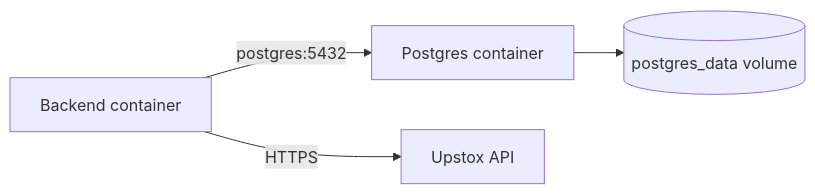
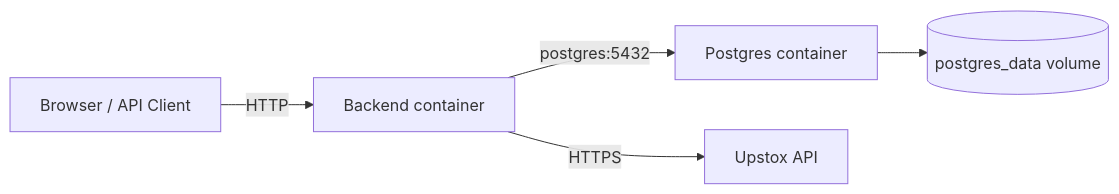
One commit to ShogunLabs/augur changed the third of 5 diagrams in README.md. Above: the diagram before and after it, drawn with Mermaid. The commit also changed other lines of this file and 21 other files, not shown here.

````diff
--- a/README.md
+++ b/README.md
@@ -521,11 +863,13 @@
 ```mermaid
 flowchart LR
     B[Backend container]
     P[Postgres container]
     V[(postgres_data volume)]
     U[Upstox API]
+    W[Browser / API Client]
 
     B -->|postgres:5432| P
     P --> V
     B -->|HTTPS| U
+    W -->|HTTP| B
 ```
````
